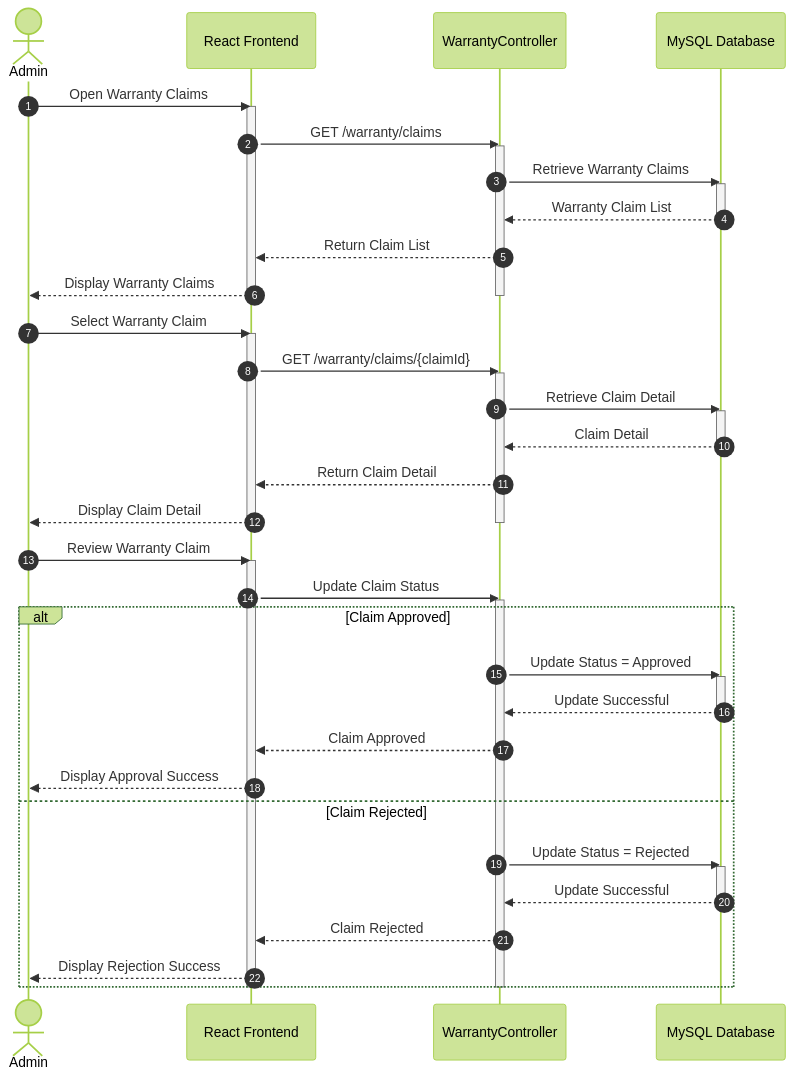
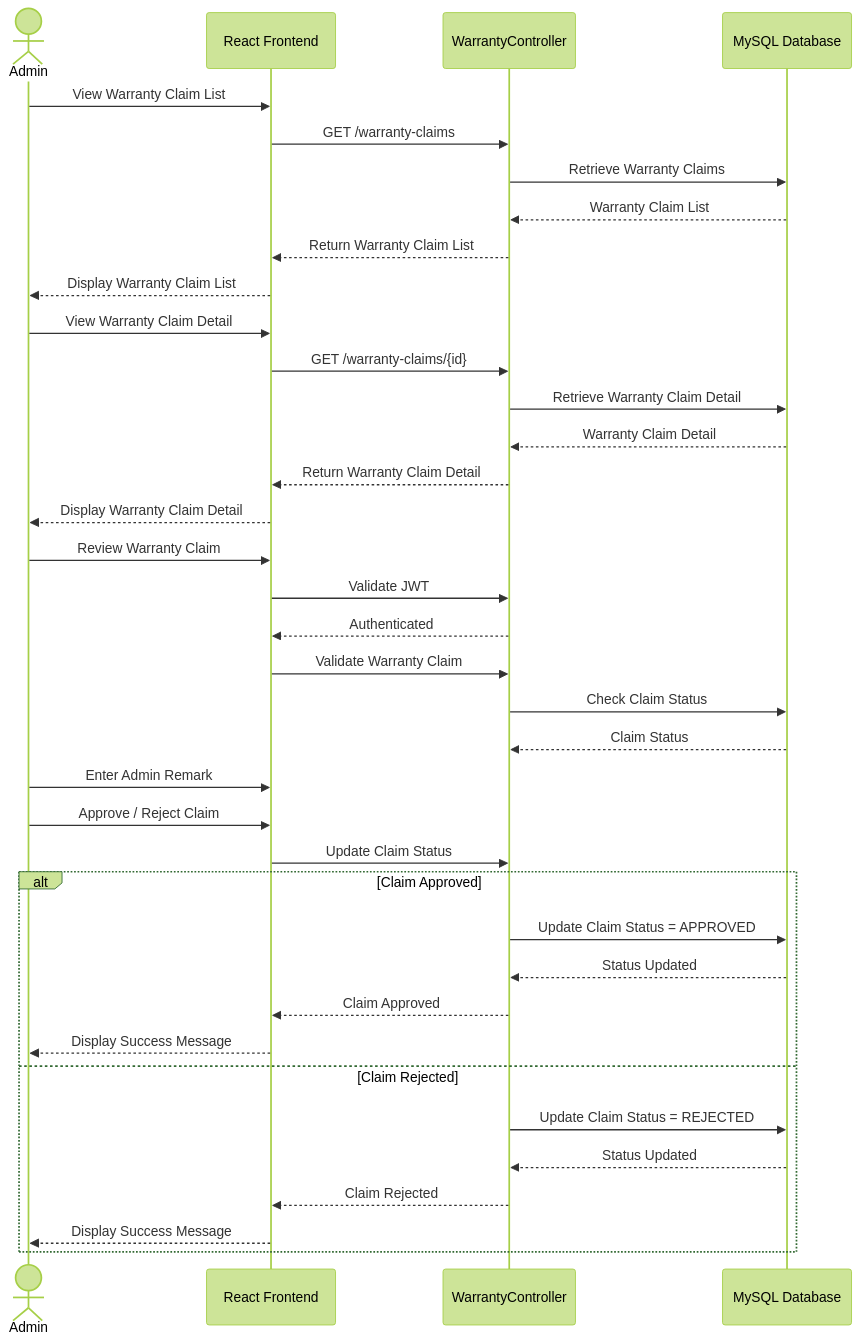
One commit to rachapoomthu-max/WorkShop changed the third of 5 diagrams in diagram/Sequence Diagram.md. Above: the diagram before and after it, drawn with Mermaid (forest theme). The commit also changed other lines of this file and 7 other files, not shown here.

````diff
--- a/diagram/Sequence Diagram.md
+++ b/diagram/Sequence Diagram.md
@@ -323,113 +209,79 @@
 ```mermaid
 sequenceDiagram
 
-autonumber
-
 actor Admin
 
-participant Frontend as React Frontend
+participant FE as React Frontend
 participant WarrantyController
 participant DB as MySQL Database
 
-%% ======================================
+%% =====================================
 %% View Warranty Claims
-%% ======================================
+%% =====================================
 
-Admin->>Frontend: Open Warranty Claims
+Admin->>FE: View Warranty Claim List
 
-activate Frontend
-
-Frontend->>WarrantyController: GET /warranty/claims
-
-activate WarrantyController
+FE->>WarrantyController: GET /warranty-claims
 
 WarrantyController->>DB: Retrieve Warranty Claims
-
-activate DB
-
 DB-->>WarrantyController: Warranty Claim List
 
-deactivate DB
+WarrantyController-->>FE: Return Warranty Claim List
+FE-->>Admin: Display Warranty Claim List
 
-WarrantyController-->>Frontend: Return Claim List
+%% =====================================
+%% View Claim Detail
+%% =====================================
 
-Frontend-->>Admin: Display Warranty Claims
+Admin->>FE: View Warranty Claim Detail
 
-deactivate WarrantyController
+FE->>WarrantyController: GET /warranty-claims/{id}
 
-deactivate Frontend
+WarrantyController->>DB: Retrieve Warranty Claim Detail
+DB-->>WarrantyController: Warranty Claim Detail
 
-%% ======================================
-%% View Claim Detail
-%% ======================================
+WarrantyController-->>FE: Return Warranty Claim Detail
+FE-->>Admin: Display Warranty Claim Detail
 
-Admin->>Frontend: Select Warranty Claim
+%% =====================================
+%% Review Warranty Claim
+%% =====================================
 
-activate Frontend
+Admin->>FE: Review Warranty Claim
 
-Frontend->>WarrantyController: GET /warranty/claims/{claimId}
+FE->>WarrantyController: Validate JWT
+WarrantyController-->>FE: Authenticated
 
-activate WarrantyController
+FE->>WarrantyController: Validate Warranty Claim
 
-WarrantyController->>DB: Retrieve Claim Detail
+WarrantyController->>DB: Check Claim Status
+DB-->>WarrantyController: Claim Status
 
-activate DB
+%% =====================================
+%% Update Warranty Claim
+%% =====================================
 
-DB-->>WarrantyController: Claim Detail
+Admin->>FE: Enter Admin Remark
 
-deactivate DB
+Admin->>FE: Approve / Reject Claim
 
-WarrantyController-->>Frontend: Return Claim Detail
-
-Frontend-->>Admin: Display Claim Detail
-
-deactivate WarrantyController
-
-deactivate Frontend
-
-%% ======================================
-%% Review Warranty Claim
-%% ======================================
-
-Admin->>Frontend: Review Warranty Claim
-
-activate Frontend
-
-Frontend->>WarrantyController: Update Claim Status
-
-activate WarrantyController
+FE->>WarrantyController: Update Claim Status
 
 alt Claim Approved
 
-WarrantyController->>DB: Update Status = Approved
+    WarrantyController->>DB: Update Claim Status = APPROVED
+    DB-->>WarrantyController: Status Updated
 
-activate DB
-
-DB-->>WarrantyController: Update Successful
-
-deactivate DB
-
-WarrantyController-->>Frontend: Claim Approved
-
-Frontend-->>Admin: Display Approval Success
+    WarrantyController-->>FE: Claim Approved
+    FE-->>Admin: Display Success Message
 
 else Claim Rejected
 
-WarrantyController->>DB: Update Status = Rejected
+    WarrantyController->>DB: Update Claim Status = REJECTED
+    DB-->>WarrantyController: Status Updated
 
-activate DB
-
-DB-->>WarrantyController: Update Successful
-
-deactivate DB
-
-WarrantyController-->>Frontend: Claim Rejected
-
-Frontend-->>Admin: Display Rejection Success
+    WarrantyController-->>FE: Claim Rejected
+    FE-->>Admin: Display Success Message
 
 end
-
-deactivate WarrantyController
-
-deactivate Frontend
 ```
````
